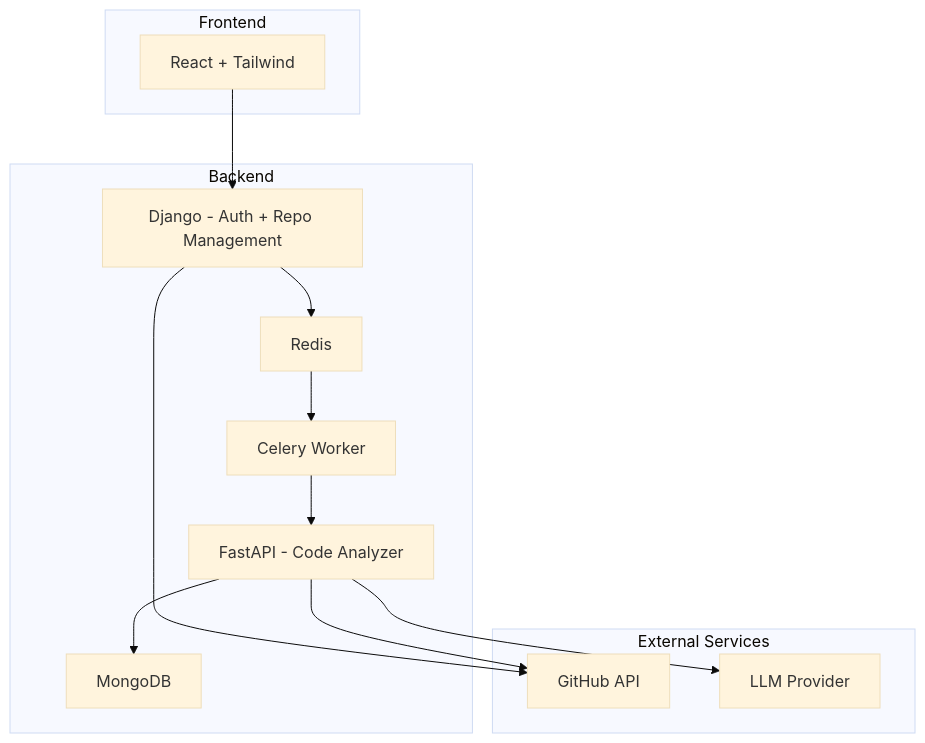
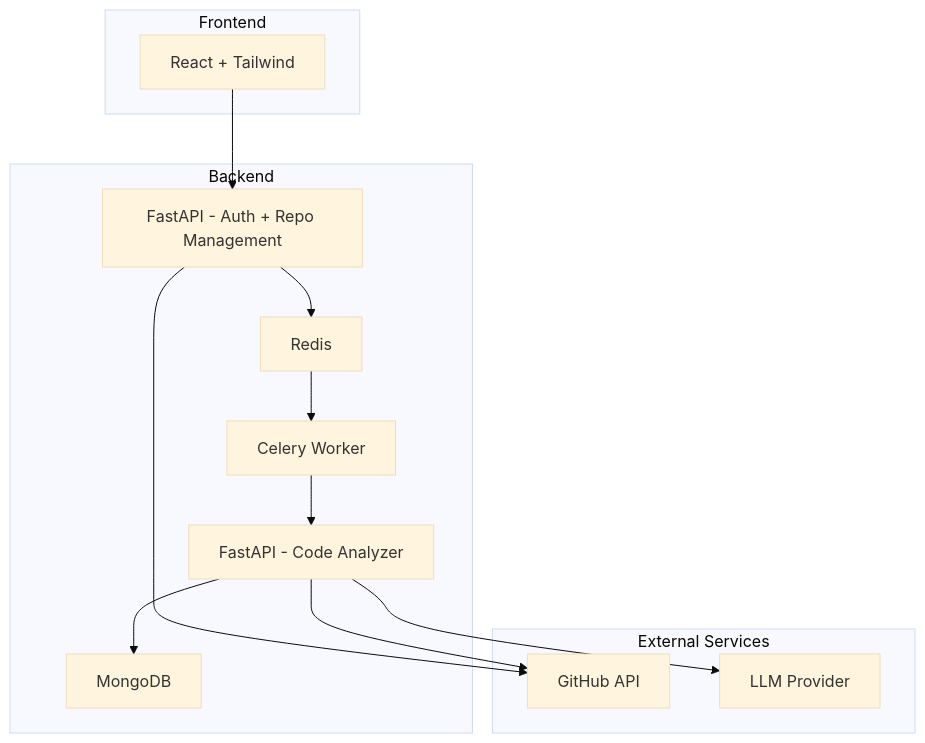
The second of 2 diagrams in README.md (Bishal-Bhandari/Code-Smell), drawn with Mermaid (base theme) before and after one commit. The commit also changed other lines of this file, not shown here.

Commit message:
Replace Django with FastAPI in README

````diff
--- a/README.md
+++ b/README.md
@@ -61,28 +60,28 @@
 ```mermaid
 flowchart TB
     subgraph Frontend
         A1[React + Tailwind]
     end
 
     subgraph Backend
-        B1[Django - Auth + Repo Management]
+        B1[FastAPI - Auth + Repo Management]
         B2[FastAPI - Code Analyzer]
         B3[Celery Worker]
         B4[Redis]
         B5[MongoDB]
     end
 
     subgraph External Services
         C1[GitHub API]
         C2[LLM Provider]
     end
 
     A1 --> B1
     B1 --> C1
     B1 --> B4
     B4 --> B3
     B3 --> B2
     B2 --> B5
     B2 --> C2
     B2 --> C1
 ```
````
